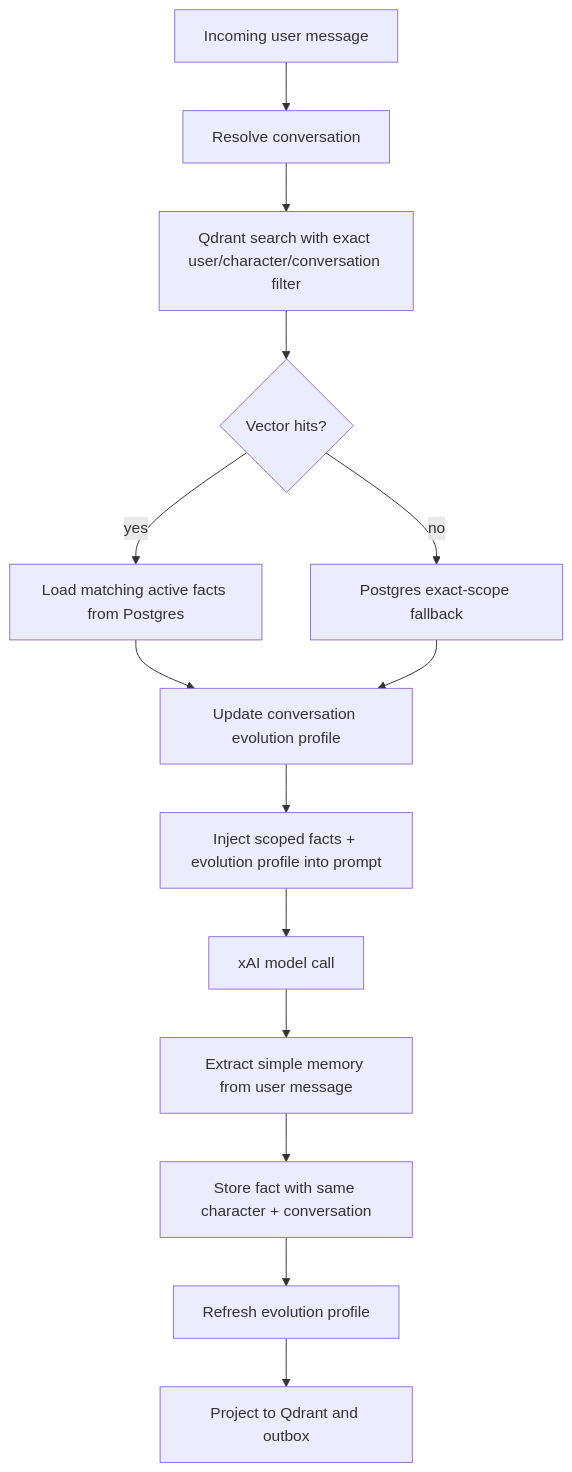
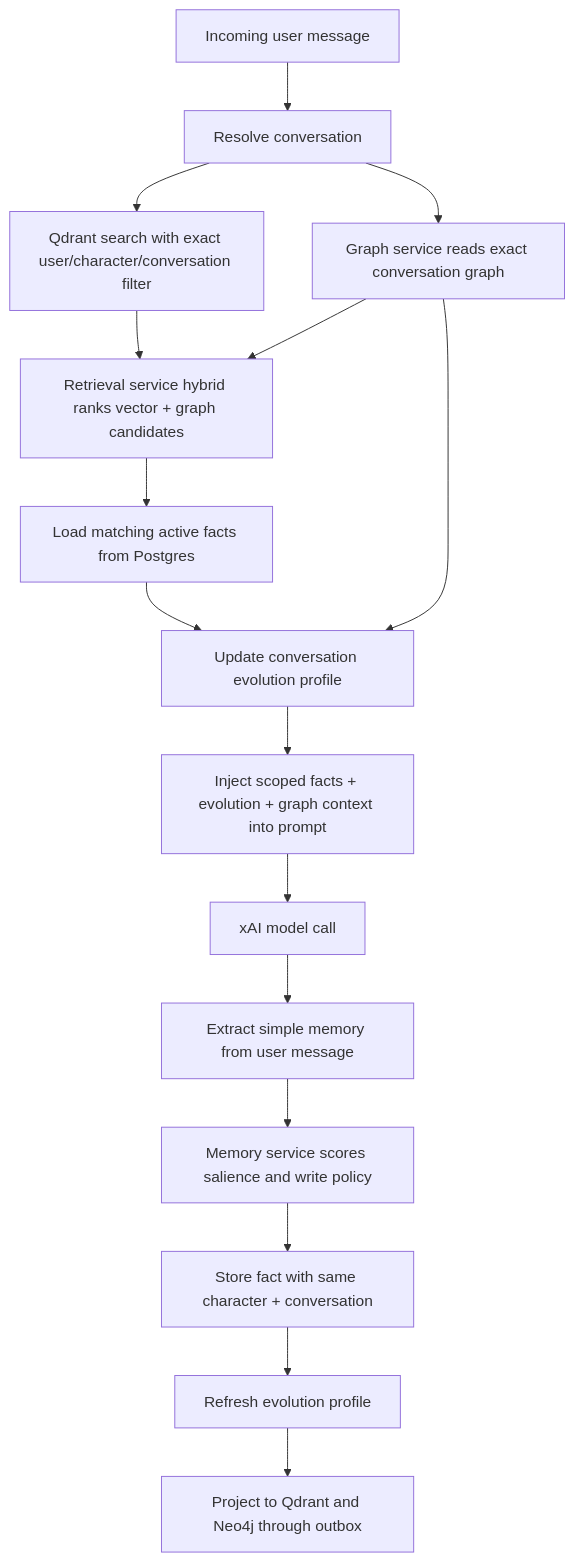
One commit to Afnanksalal/hana-chat changed the diagram in docs/memory-architecture.md. Above: the diagram before and after it, drawn with Mermaid. The commit also changed other lines of this file and 55 other files, not shown here.

````diff
--- a/docs/memory-architecture.md
+++ b/docs/memory-architecture.md
@@ -19,16 +19,18 @@
 ```mermaid
 flowchart TD
   Message["Incoming user message"] --> Conversation["Resolve conversation"]
   Conversation --> Vector["Qdrant search with exact user/character/conversation filter"]
-  Vector --> Hits{"Vector hits?"}
-  Hits -- yes --> LoadIds["Load matching active facts from Postgres"]
-  Hits -- no --> Fallback["Postgres exact-scope fallback"]
+  Conversation --> Graph["Graph service reads exact conversation graph"]
+  Vector --> Rank["Retrieval service hybrid ranks vector + graph candidates"]
+  Graph --> Rank
+  Rank --> LoadIds["Load matching active facts from Postgres"]
   LoadIds --> Evolve["Update conversation evolution profile"]
-  Fallback --> Evolve
-  Evolve --> Prompt["Inject scoped facts + evolution profile into prompt"]
+  Graph --> Evolve
+  Evolve --> Prompt["Inject scoped facts + evolution + graph context into prompt"]
   Prompt --> Model["xAI model call"]
   Model --> Extract["Extract simple memory from user message"]
-  Extract --> Store["Store fact with same character + conversation"]
+  Extract --> Policy["Memory service scores salience and write policy"]
+  Policy --> Store["Store fact with same character + conversation"]
   Store --> Refresh["Refresh evolution profile"]
-  Refresh --> Project["Project to Qdrant and outbox"]
+  Refresh --> Project["Project to Qdrant and Neo4j through outbox"]
 ```
````
